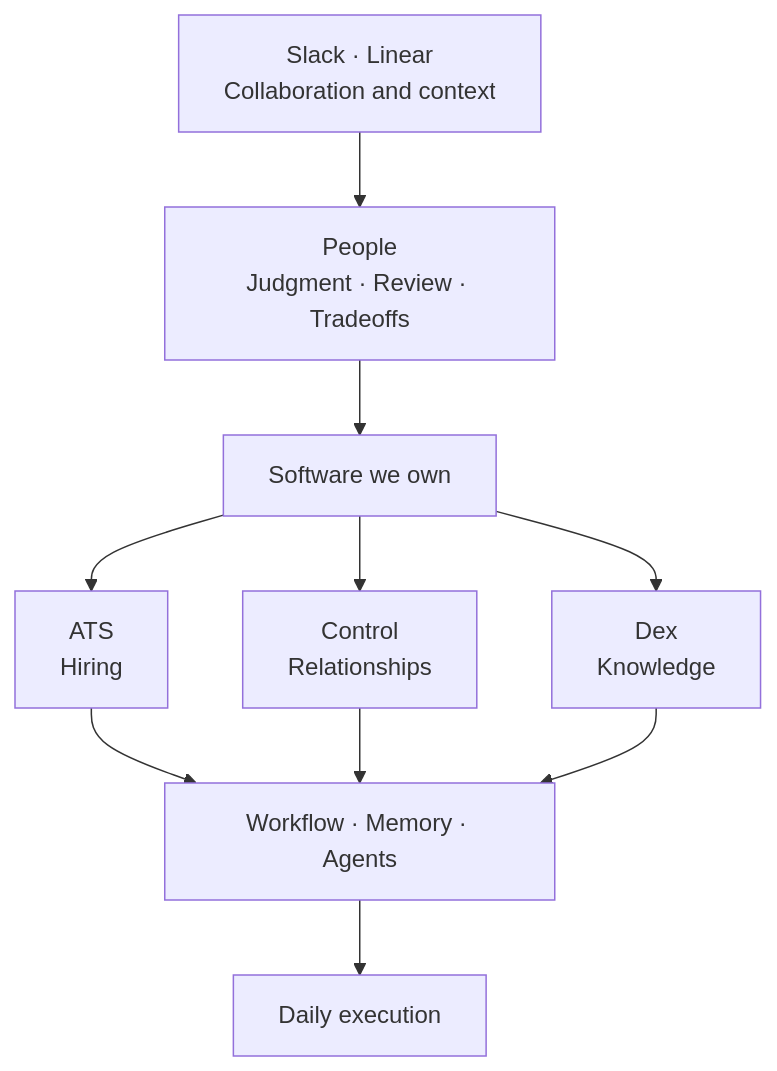
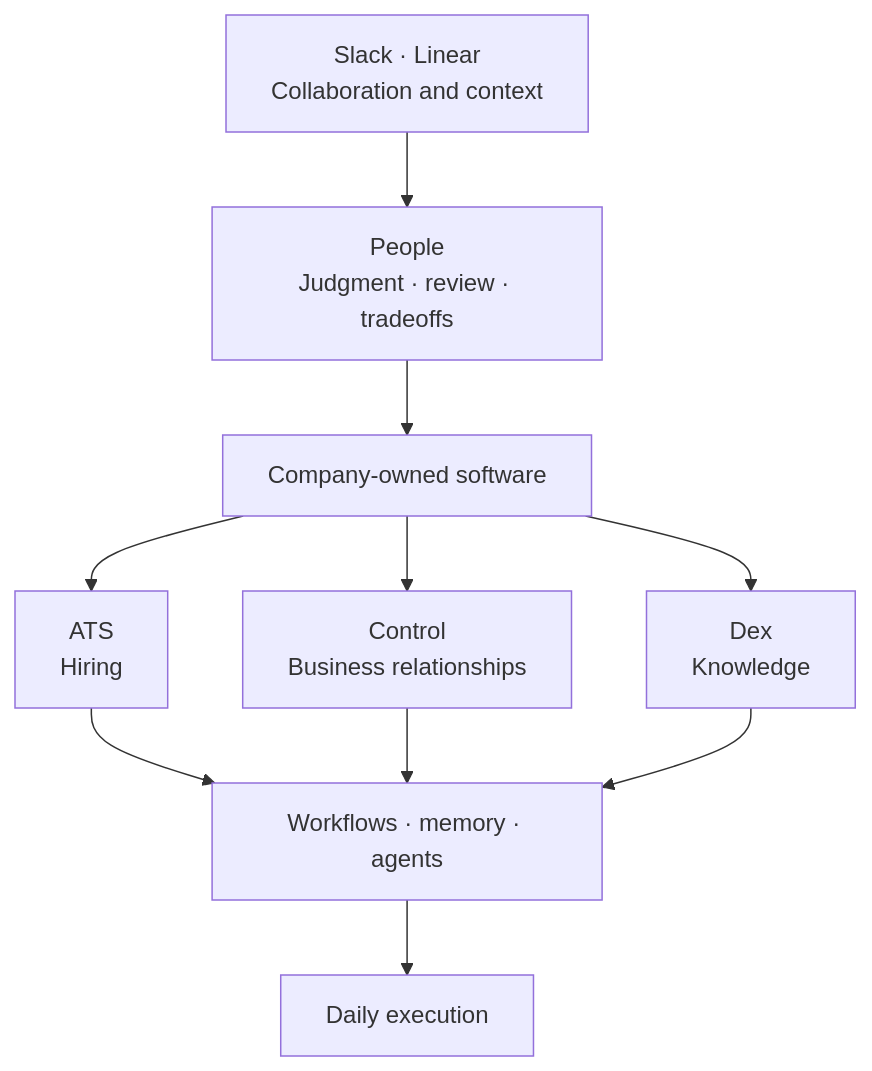
Before and after one commit to CaliCastle/cali.so: the second of 4 diagrams in content/blog/we-decided-to-stop-buying-saas/index.en.mdx, drawn with Mermaid. The commit also changed other lines of this file and 4 other files, not shown here.

First line of the commit message:
feat(blog): new cover and figure art, adapt English localization

````diff
--- a/content/blog/we-decided-to-stop-buying-saas/index.en.mdx
+++ b/content/blog/we-decided-to-stop-buying-saas/index.en.mdx
@@ -117,8 +117,8 @@
 ```mermaid caption="ATS, Control, and Dex are not isolated tools. They are one Company OS."
 flowchart TB
-  COLLAB["Slack · Linear<br/>Collaboration and context"] --> PEOPLE["People<br/>Judgment · Review · Tradeoffs"]
-  PEOPLE --> OWNED["Software we own"]
-  OWNED --> ATS["ATS<br/>Hiring"] & CONTROL["Control<br/>Relationships"] & DEX["Dex<br/>Knowledge"]
-  ATS & CONTROL & DEX --> CORE["Workflow · Memory · Agents"]
+  COLLAB["Slack · Linear<br/>Collaboration and context"] --> PEOPLE["People<br/>Judgment · review · tradeoffs"]
+  PEOPLE --> OWNED["Company-owned software"]
+  OWNED --> ATS["ATS<br/>Hiring"] & CONTROL["Control<br/>Business relationships"] & DEX["Dex<br/>Knowledge"]
+  ATS & CONTROL & DEX --> CORE["Workflows · memory · agents"]
   CORE --> RUN["Daily execution"]
 ```
````
